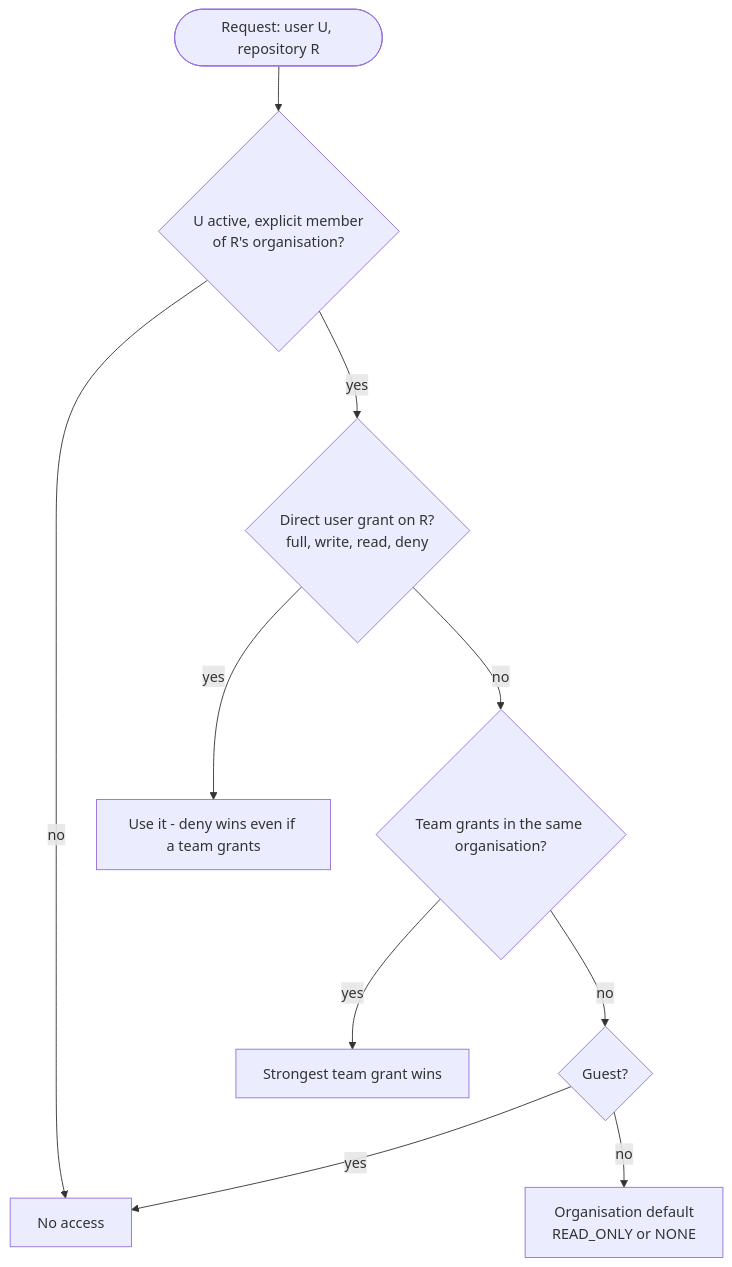
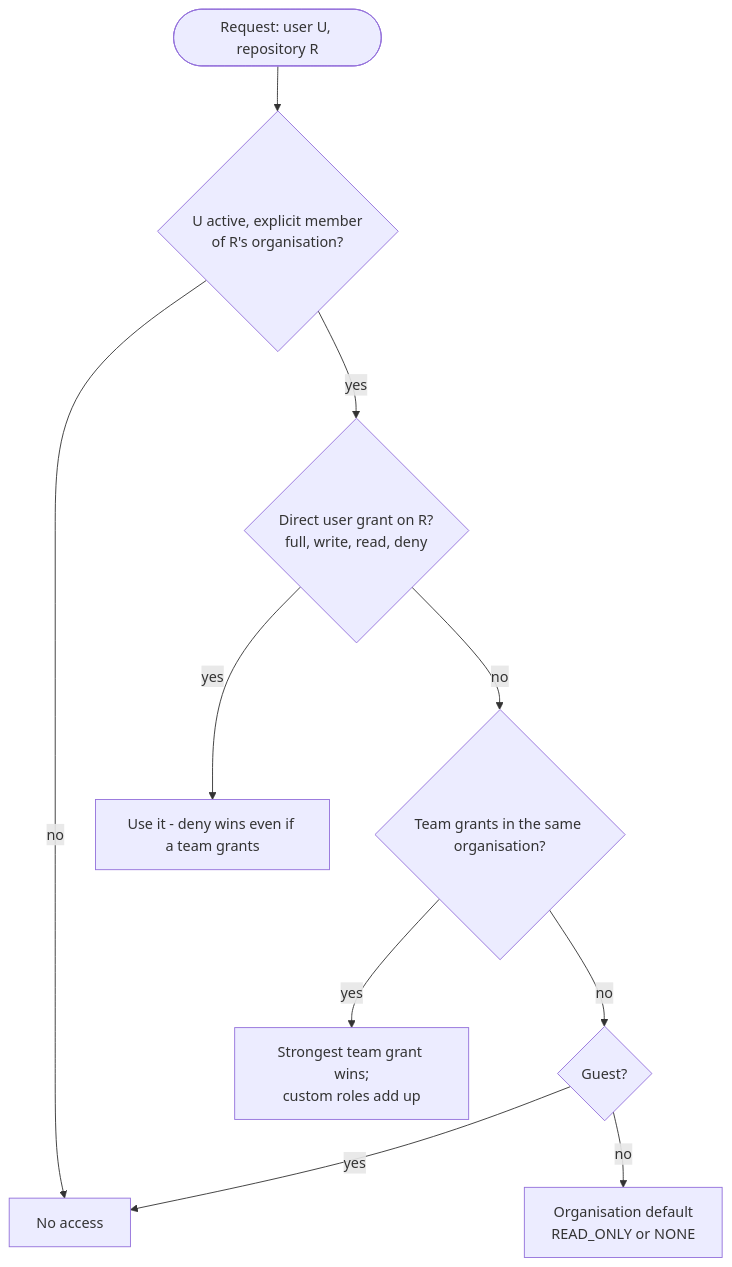
Before and after one commit to astrona-io/codesynapse: the second of 4 diagrams in docs/operations/accounts-access.md, drawn with Mermaid. The commit also changed other lines of this file and 58 other files, not shown here.

First line of the commit message:
feat(accounts): custom roles and scoped API keys (OpenFGA phase 3) (#541)

````diff
--- a/docs/operations/accounts-access.md
+++ b/docs/operations/accounts-access.md
@@ -72,12 +72,12 @@
 ```mermaid
 flowchart TD
     req([Request: user U, repository R]) --> member{U active, explicit member<br/>of R's organisation?}
     member -- no --> deny[No access]
     member -- yes --> direct{Direct user grant on R?<br/>full, write, read, deny}
     direct -- yes --> use1[Use it - deny wins even if a team grants]
     direct -- no --> team{Team grants in the same organisation?}
-    team -- yes --> use2[Strongest team grant wins]
+    team -- yes --> use2[Strongest team grant wins;<br/>custom roles add up]
     team -- no --> guest{Guest?}
     guest -- yes --> deny
     guest -- no --> def[Organisation default<br/>READ_ONLY or NONE]
 ```
````
